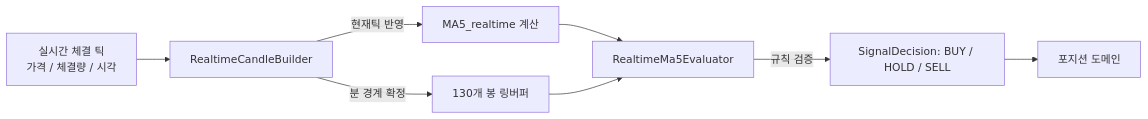
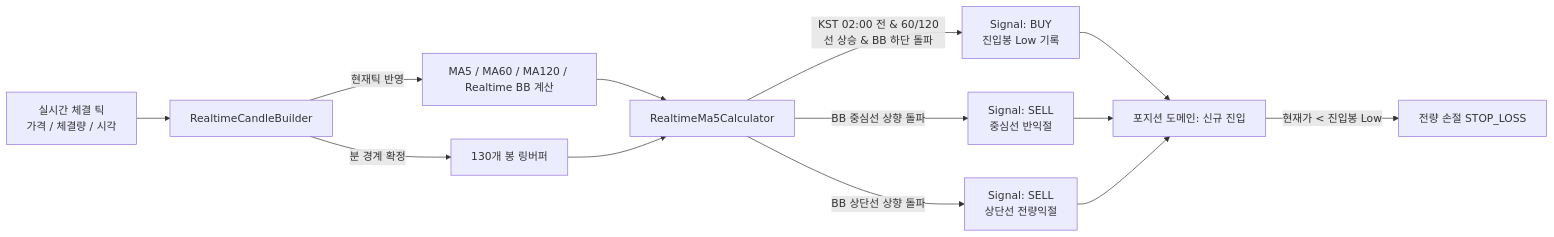
The diagram in docs/domain/전략/feature-and-architecture.md (inpiniti/financial-app), drawn with Mermaid before and after one commit. The commit also changed other lines of this file and 15 other files, not shown here.

````diff
--- a/docs/domain/전략/feature-and-architecture.md
+++ b/docs/domain/전략/feature-and-architecture.md
@@ -53,12 +62,18 @@
 ```mermaid
 flowchart LR
     Tick[실시간 체결 틱<br/>가격 / 체결량 / 시각] --> Builder[RealtimeCandleBuilder]
-    Builder -->|현재틱 반영| MA5[MA5_realtime 계산]
+    Builder -->|현재틱 반영| MA[MA5 / MA60 / MA120 / Realtime BB 계산]
     Builder -->|분 경계 확정| Ring[130개 봉 링버퍼]
     
-    MA5 --> Evaluator[RealtimeMa5Evaluator]
+    MA --> Evaluator[RealtimeMa5Calculator]
     Ring --> Evaluator
     
-    Evaluator -->|규칙 검증| Signal[SignalDecision: BUY / HOLD / SELL]
-    Signal --> PositionManager[포지션 도메인]
+    Evaluator -->|KST 02:00 전 & 60/120선 상승 & BB 하단 돌파| BuySignal[Signal: BUY<br/>진입봉 Low 기록]
+    Evaluator -->|BB 중심선 상향 돌파| MiddleCrossSignal[Signal: SELL<br/>중심선 반익절]
+    Evaluator -->|BB 상단선 상향 돌파| UpperBreakoutSignal[Signal: SELL<br/>상단선 전량익절]
+    
+    BuySignal --> PositionManager[포지션 도메인: 신규 진입]
+    MiddleCrossSignal --> PositionManager
+    UpperBreakoutSignal --> PositionManager
+    PositionManager -->|현재가 < 진입봉 Low| StopLoss[전량 손절 STOP_LOSS]
 ```
````
